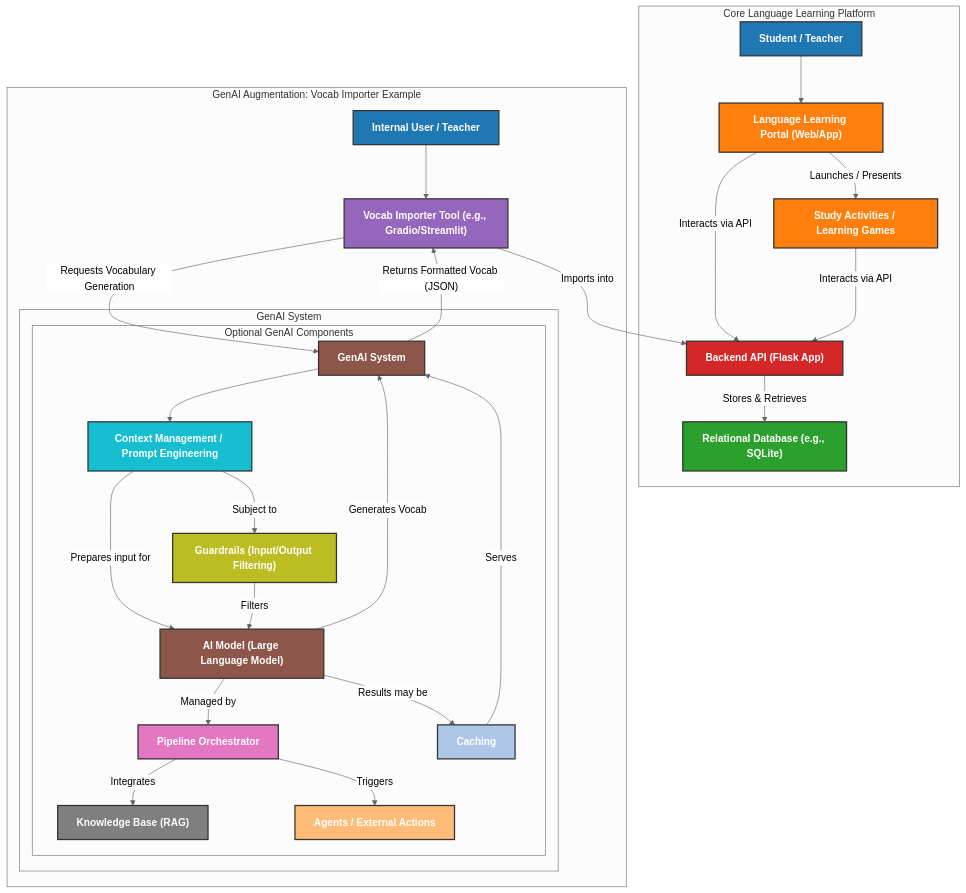
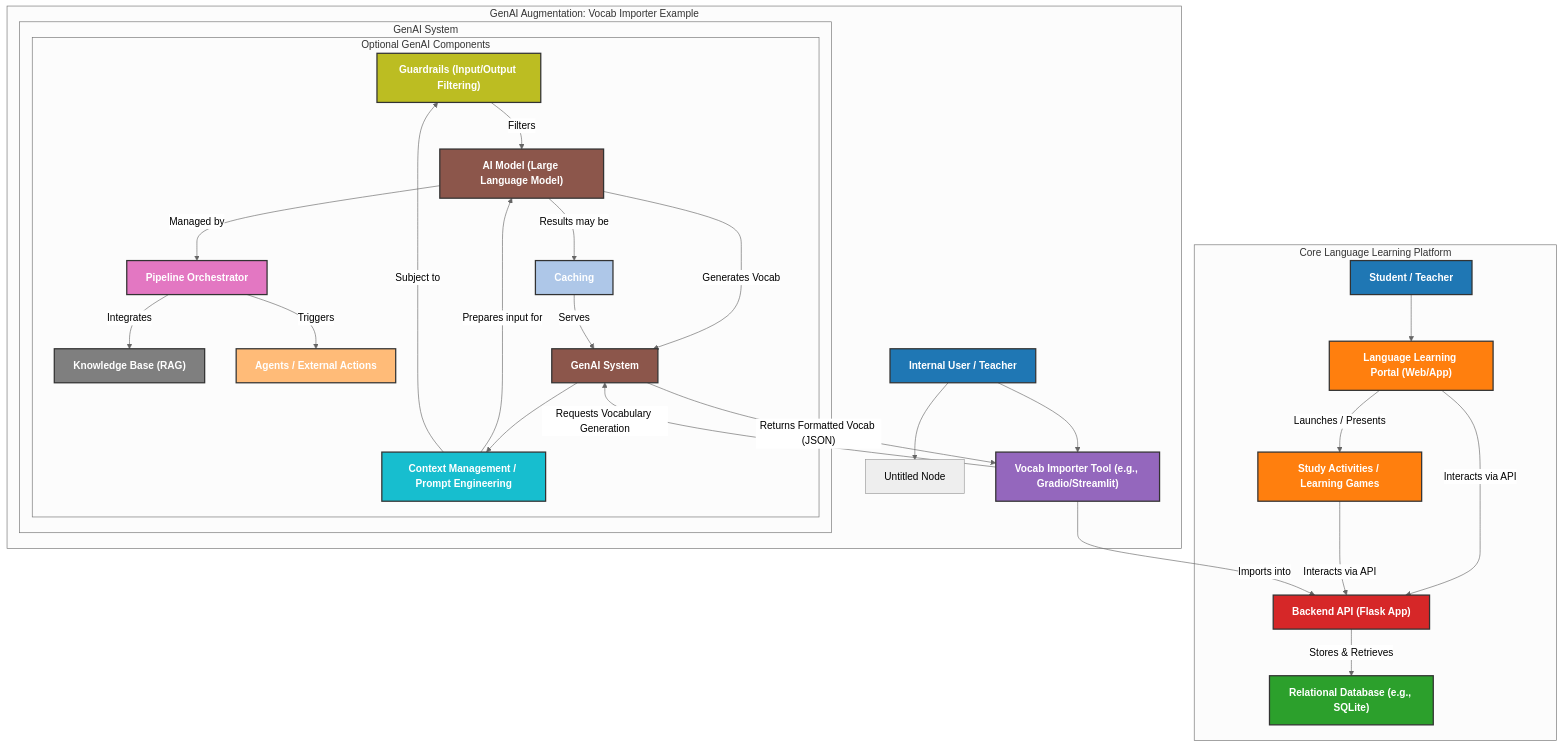
Before and after one commit to MAHALAKSHMImahalakshmi/learnGenAi: the diagram in README.md, drawn with Mermaid (neutral theme).

````diff
--- a/README.md
+++ b/README.md
@@ -2,58 +2,68 @@
 ```mermaid
-graph TD
-    subgraph Core Language Learning Platform
-        User["Student / Teacher"] --> FrontEnd["Language Learning Portal (Web/App)"]
-        FrontEnd -- "Interacts via API" --> BackEnd["Backend API (Flask App)"]
-        BackEnd -- "Stores & Retrieves" --> Database["Relational Database (e.g., SQLite)"]
-        FrontEnd -- "Launches / Presents" --> StudyActivities["Study Activities / Learning Games"]
-        StudyActivities -- "Interacts via API" --> BackEnd
-    end
+flowchart TD
+ subgraph subGraph0["Core Language Learning Platform"]
+        FrontEnd["Language Learning Portal (Web/App)"]
+        User["Student / Teacher"]
+        BackEnd["Backend API (Flask App)"]
+        Database["Relational Database (e.g., SQLite)"]
+        StudyActivities["Study Activities / Learning Games"]
+  end
+ subgraph subGraph1["Optional GenAI Components"]
+        GuardRails["Guardrails (Input/Output Filtering)"]
+        PipelineOrchestrator["Pipeline Orchestrator"]
+        KnowledgeBase["Knowledge Base (RAG)"]
+        Agents["Agents / External Actions"]
+        Caching["Caching"]
+        ContextManagement["Context Management / Prompt Engineering"]
+        LLM["AI Model (Large Language Model)"]
+        GenAISystem["GenAI System"]
+  end
+ subgraph subGraph2["GenAI System"]
+        subGraph1
+  end
+ subgraph subGraph3["GenAI Augmentation: Vocab Importer Example"]
+        VocabImporter["Vocab Importer Tool (e.g., Gradio/Streamlit)"]
+        InternalUser["Internal User / Teacher"]
+        subGraph2
+        n1["Untitled Node"]
+  end
+    User --> FrontEnd
+    FrontEnd -- Interacts via API --> BackEnd
+    BackEnd -- Stores & Retrieves --> Database
+    FrontEnd -- Launches / Presents --> StudyActivities
+    StudyActivities -- Interacts via API --> BackEnd
+    InternalUser --> VocabImporter
+    VocabImporter -- Requests Vocabulary Generation --> GenAISystem
+    GenAISystem --> ContextManagement
+    ContextManagement -- Prepares input for --> LLM
+    LLM -- Generates Vocab --> GenAISystem
+    ContextManagement -- Subject to --> GuardRails
+    GuardRails -- Filters --> LLM
+    LLM -- Managed by --> PipelineOrchestrator
+    PipelineOrchestrator -- Integrates --> KnowledgeBase
+    PipelineOrchestrator -- Triggers --> Agents
+    LLM -- Results may be --> Caching
+    Caching -- Serves --> GenAISystem
+    GenAISystem -- Returns Formatted Vocab (JSON) --> VocabImporter
+    VocabImporter -- Imports into --> BackEnd
+    InternalUser --> n1
 
-    subgraph GenAI Augmentation: Vocab Importer Example
-        InternalUser["Internal User / Teacher"] --> VocabImporter["Vocab Importer Tool (e.g., Gradio/Streamlit)"]
-        VocabImporter -- "Requests Vocabulary Generation" --> GenAISystem["GenAI System"]
+    style User fill:#1F77B4,stroke:#333,stroke-width:2px,color:#fff,font-weight:bold
+    style FrontEnd fill:#FF7F0E,stroke:#333,stroke-width:2px,color:#fff,font-weight:bold
+    style BackEnd fill:#D62728,stroke:#333,stroke-width:2px,color:#fff,font-weight:bold
+    style Database fill:#2CA02C,stroke:#333,stroke-width:2px,color:#fff,font-weight:bold
+    style StudyActivities fill:#FF7F0E,stroke:#333,stroke-width:2px,color:#fff,font-weight:bold
+    style InternalUser fill:#1F77B4,stroke:#333,stroke-width:2px,color:#fff,font-weight:bold
+    style VocabImporter fill:#9467BD,stroke:#333,stroke-width:2px,color:#fff,font-weight:bold
+    style GenAISystem fill:#8C564B,stroke:#333,stroke-width:2px,color:#fff,font-weight:bold
+    style ContextManagement fill:#17BECF,stroke:#333,stroke-width:2px,color:#fff,font-weight:bold
+    style LLM fill:#8C564B,stroke:#333,stroke-width:2px,color:#fff,font-weight:bold
+    style GuardRails fill:#BCBD22,stroke:#333,stroke-width:2px,color:#fff,font-weight:bold
+    style PipelineOrchestrator fill:#E377C2,stroke:#333,stroke-width:2px,color:#fff,font-weight:bold
+    style KnowledgeBase fill:#7F7F7F,stroke:#333,stroke-width:2px,color:#fff,font-weight:bold
+    style Agents fill:#FFBB78,stroke:#333,stroke-width:2px,color:#fff,font-weight:bold
+    style Caching fill:#AEC7E8,stroke:#333,stroke-width:2px,color:#fff,font-weight:bold
 
-        subgraph GenAI System
-            GenAISystem --> ContextManagement["Context Management / Prompt Engineering"]
-            ContextManagement -- "Prepares input for" --> LLM["AI Model (Large Language Model)"]
-            LLM -- "Generates Vocab" --> GenAISystem
 
-            subgraph Optional GenAI Components
-                GuardRails["Guardrails (Input/Output Filtering)"]
-                PipelineOrchestrator["Pipeline Orchestrator"]
-                KnowledgeBase["Knowledge Base (RAG)"]
-                Agents["Agents / External Actions"]
-                Caching["Caching"]
-
-                ContextManagement -- "Subject to" --> GuardRails
-                GuardRails -- "Filters" --> LLM
-                LLM -- "Managed by" --> PipelineOrchestrator
-                PipelineOrchestrator -- "Integrates" --> KnowledgeBase
-                PipelineOrchestrator -- "Triggers" --> Agents
-                LLM -- "Results may be" --> Caching
-                Caching -- "Serves" --> GenAISystem
-            end
-        end
-
-        GenAISystem -- "Returns Formatted Vocab (JSON)" --> VocabImporter
-        VocabImporter -- "Imports into" --> BackEnd
-    end
-
-   %% Style definitions with bold white text and high contrast background
-style User fill:#1F77B4,stroke:#333,stroke-width:2px,color:#fff,font-weight:bold
-style InternalUser fill:#1F77B4,stroke:#333,stroke-width:2px,color:#fff,font-weight:bold
-style FrontEnd fill:#FF7F0E,stroke:#333,stroke-width:2px,color:#fff,font-weight:bold
-style BackEnd fill:#D62728,stroke:#333,stroke-width:2px,color:#fff,font-weight:bold
-style Database fill:#2CA02C,stroke:#333,stroke-width:2px,color:#fff,font-weight:bold
-style StudyActivities fill:#FF7F0E,stroke:#333,stroke-width:2px,color:#fff,font-weight:bold
-style VocabImporter fill:#9467BD,stroke:#333,stroke-width:2px,color:#fff,font-weight:bold
-style GenAISystem fill:#8C564B,stroke:#333,stroke-width:2px,color:#fff,font-weight:bold
-style LLM fill:#8C564B,stroke:#333,stroke-width:2px,color:#fff,font-weight:bold
-style ContextManagement fill:#17BECF,stroke:#333,stroke-width:2px,color:#fff,font-weight:bold
-style GuardRails fill:#BCBD22,stroke:#333,stroke-width:2px,color:#fff,font-weight:bold
-style PipelineOrchestrator fill:#E377C2,stroke:#333,stroke-width:2px,color:#fff,font-weight:bold
-style KnowledgeBase fill:#7F7F7F,stroke:#333,stroke-width:2px,color:#fff,font-weight:bold
-style Agents fill:#FFBB78,stroke:#333,stroke-width:2px,color:#fff,font-weight:bold
-style Caching fill:#AEC7E8,stroke:#333,stroke-width:2px,color:#fff,font-weight:bold
 
 ```
````
